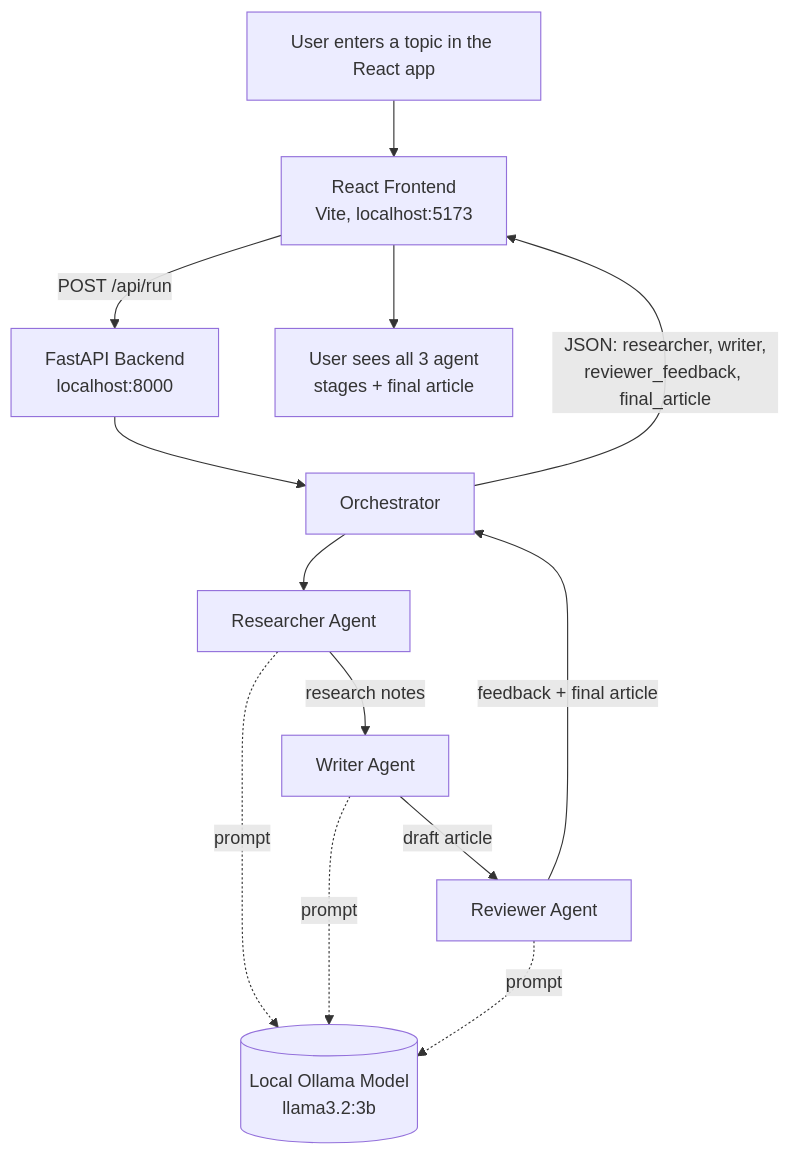
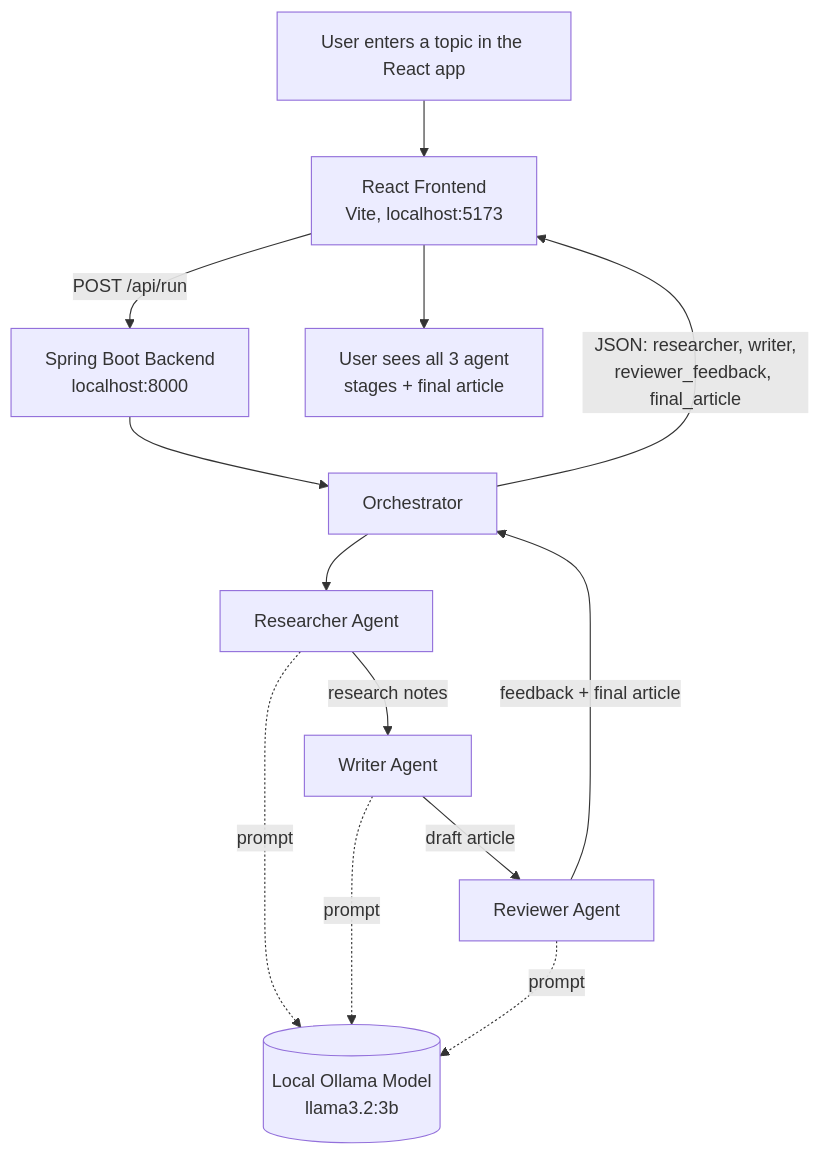
Before and after one commit to atishdixit/agentic-ai-demo: the diagram in docs/flow-diagram.md, drawn with Mermaid. The commit also changed other lines of this file and 30 other files, not shown here.

First line of the commit message:
Convert backend to Spring Boot (Java 21, Maven)

````diff
--- a/docs/flow-diagram.md
+++ b/docs/flow-diagram.md
@@ -3,18 +3,18 @@
 ```mermaid
 flowchart TD
     U[User enters a topic in the React app] --> F[React Frontend<br/>Vite, localhost:5173]
-    F -->|POST /api/run| B[FastAPI Backend<br/>localhost:8000]
+    F -->|POST /api/run| B[Spring Boot Backend<br/>localhost:8000]
     B --> O[Orchestrator]
 
     O --> R[Researcher Agent]
     R -->|research notes| W[Writer Agent]
     W -->|draft article| V[Reviewer Agent]
     V -->|feedback + final article| O
 
     R -. prompt .-> M[(Local Ollama Model<br/>llama3.2:3b)]
     W -. prompt .-> M
     V -. prompt .-> M
 
     O -->|JSON: researcher, writer,<br/>reviewer_feedback, final_article| F
     F --> U2[User sees all 3 agent<br/>stages + final article]
 ```
````
